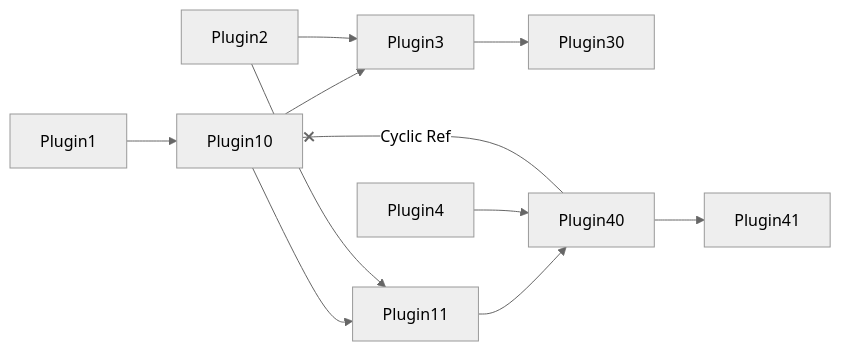
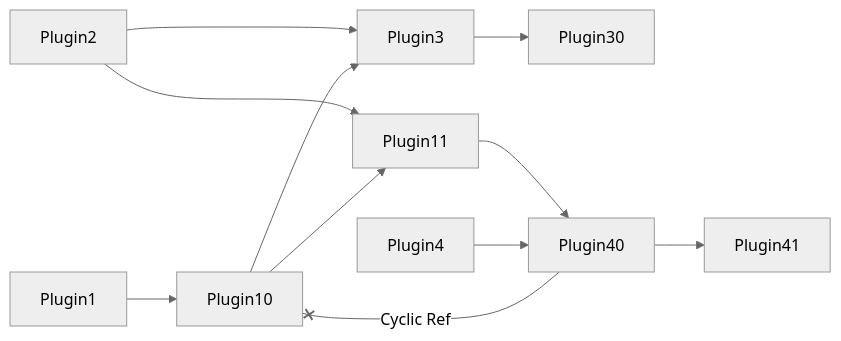
One commit to nerdfoundry/nfg-util changed the tenth of 12 diagrams in README.md. Above: the diagram before and after it, drawn with Mermaid (neutral theme). The commit also changed other lines of this file and 10 other files, not shown here.

````diff
--- a/README.md
+++ b/README.md
@@ -176,11 +176,12 @@
 ```mermaid
 flowchart LR
 Plugin1 --> Plugin10
 Plugin2
 Plugin3 --> Plugin30
 Plugin40 --> Plugin41
 
-Plugin10 & Plugin2 --> Plugin11 & Plugin3
+Plugin2 ---> Plugin11 & Plugin3
+Plugin10 --> Plugin11 & Plugin3
 Plugin11 & Plugin4 --> Plugin40
 Plugin40 --Cyclic Ref--x Plugin10
 ```
````
